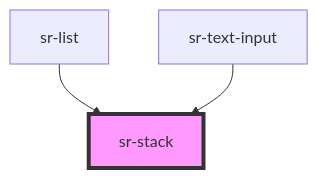
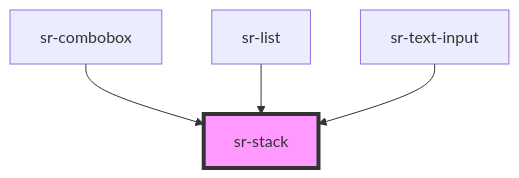
Before and after one commit to tonyblu331/spotify-replay-design-system: the diagram in src/components/layouts/sr-stack/readme.md, drawn with Mermaid. The commit also changed other lines of this file and 7 other files, not shown here.

````diff
--- a/src/components/layouts/sr-stack/readme.md
+++ b/src/components/layouts/sr-stack/readme.md
@@ -29,6 +30,7 @@
 ```mermaid
 graph TD;
+  sr-combobox --> sr-stack
   sr-list --> sr-stack
   sr-text-input --> sr-stack
   style sr-stack fill:#f9f,stroke:#333,stroke-width:4px
 ```
````
